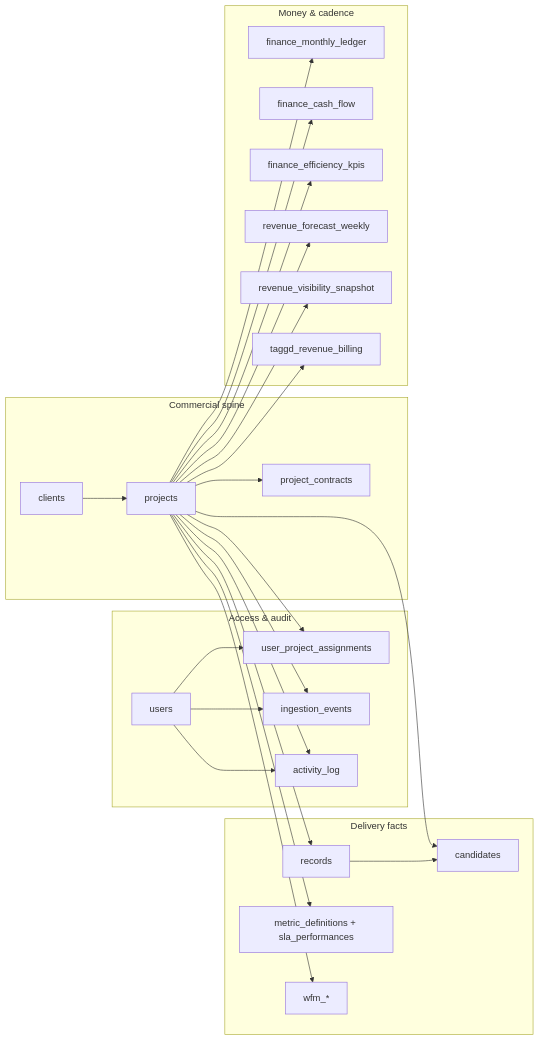
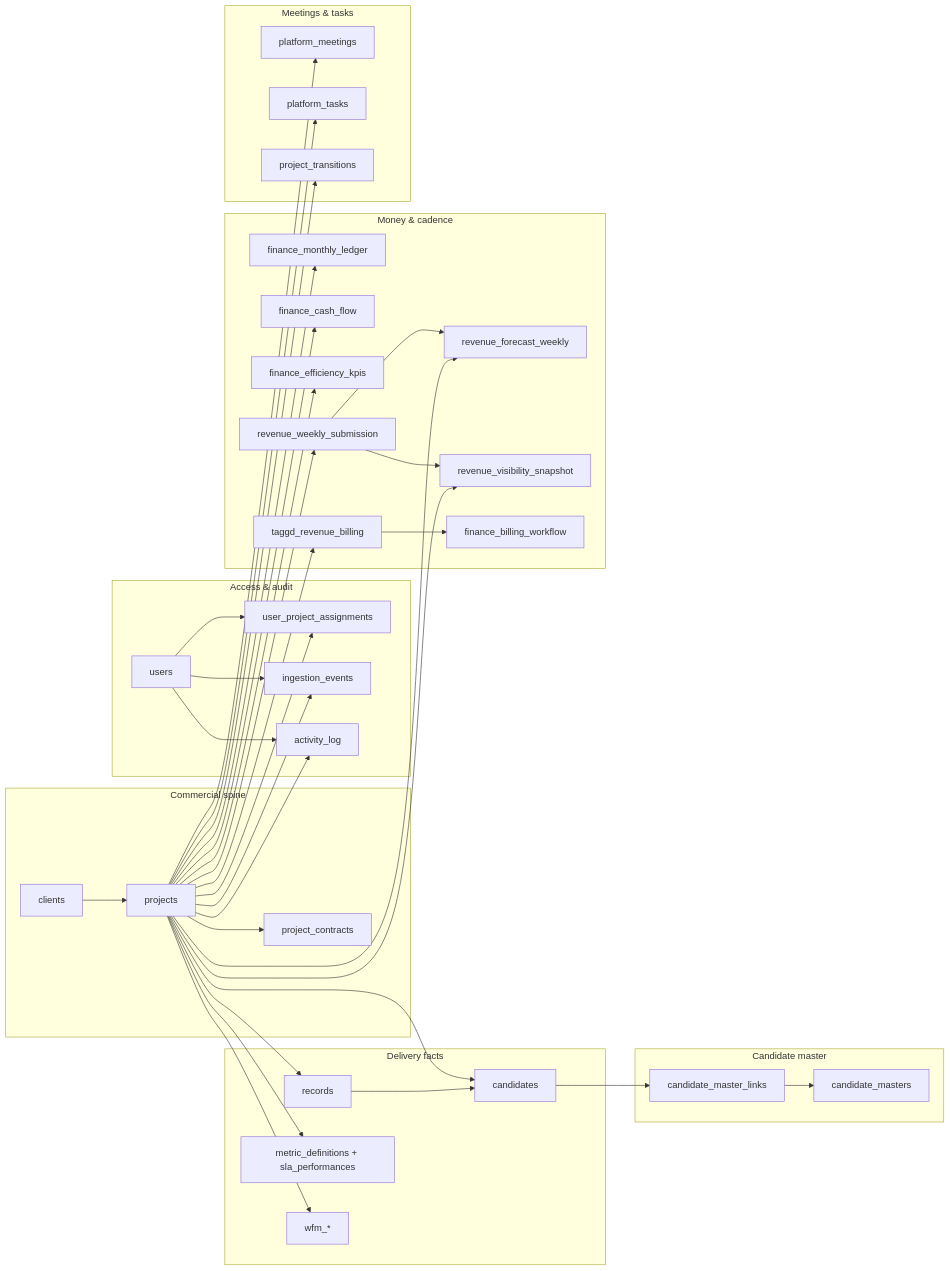
Before and after one commit to abhijeet42cy6/taggd: the fifth of 5 diagrams in DATABASE_SCHEMA.md, drawn with Mermaid. The commit also changed other lines of this file and 594 other files, not shown here.

````diff
--- a/DATABASE_SCHEMA.md
+++ b/DATABASE_SCHEMA.md
@@ -554,51 +850,73 @@
 ```mermaid
 flowchart LR
     subgraph access["Access & audit"]
         U[users]
         UPA[user_project_assignments]
         IE[ingestion_events]
         AL[activity_log]
     end
 
     subgraph rollup["Commercial spine"]
         C[clients]
         P[projects]
         PC[project_contracts]
     end
 
     subgraph delivery["Delivery facts"]
         R[records]
         CD[candidates]
         SLA[metric_definitions + sla_performances]
         WFM[wfm_*]
     end
 
     subgraph money["Money & cadence"]
         FL[finance_monthly_ledger]
         FC[finance_cash_flow]
         FE[finance_efficiency_kpis]
+        RWS[revenue_weekly_submission]
         RF[revenue_forecast_weekly]
         RV[revenue_visibility_snapshot]
         TB[taggd_revenue_billing]
+        FBW[finance_billing_workflow]
+    end
+
+    subgraph platform["Meetings & tasks"]
+        MTG[platform_meetings]
+        TSK[platform_tasks]
+        TRN[project_transitions]
+    end
+
+    subgraph talent["Candidate master"]
+        CM[candidate_masters]
+        CML[candidate_master_links]
     end
 
     U --> UPA
     P --> UPA
     C --> P
     P --> PC
     P --> R
     P --> CD
     R --> CD
     P --> SLA
     P --> WFM
     P --> FL
     P --> FC
     P --> FE
+    P --> RWS
+    RWS --> RF
+    RWS --> RV
     P --> RF
     P --> RV
     P --> TB
+    TB --> FBW
+    P --> MTG
+    P --> TSK
+    P --> TRN
+    CD --> CML
+    CML --> CM
     U --> IE
     P --> IE
     U --> AL
     P --> AL
 ```
````
